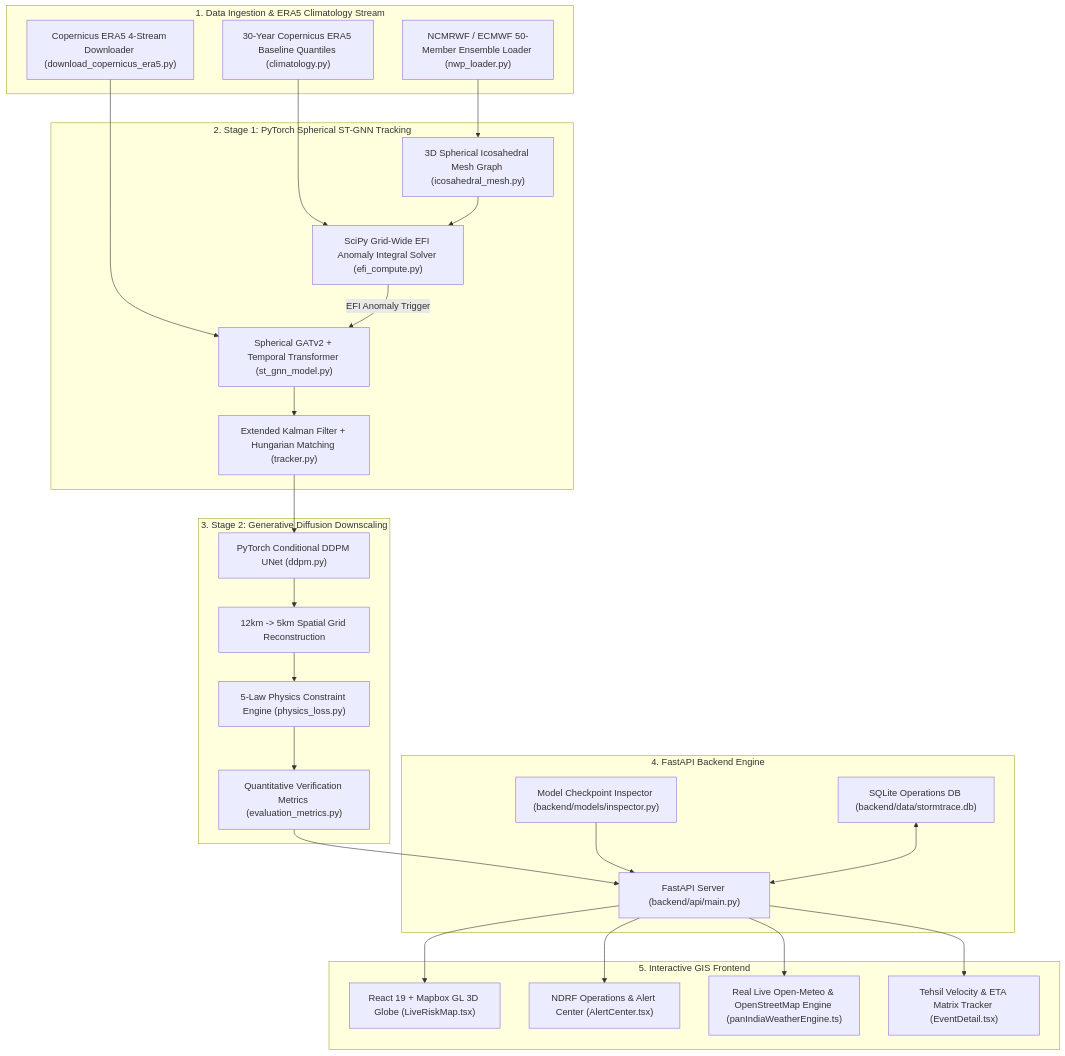
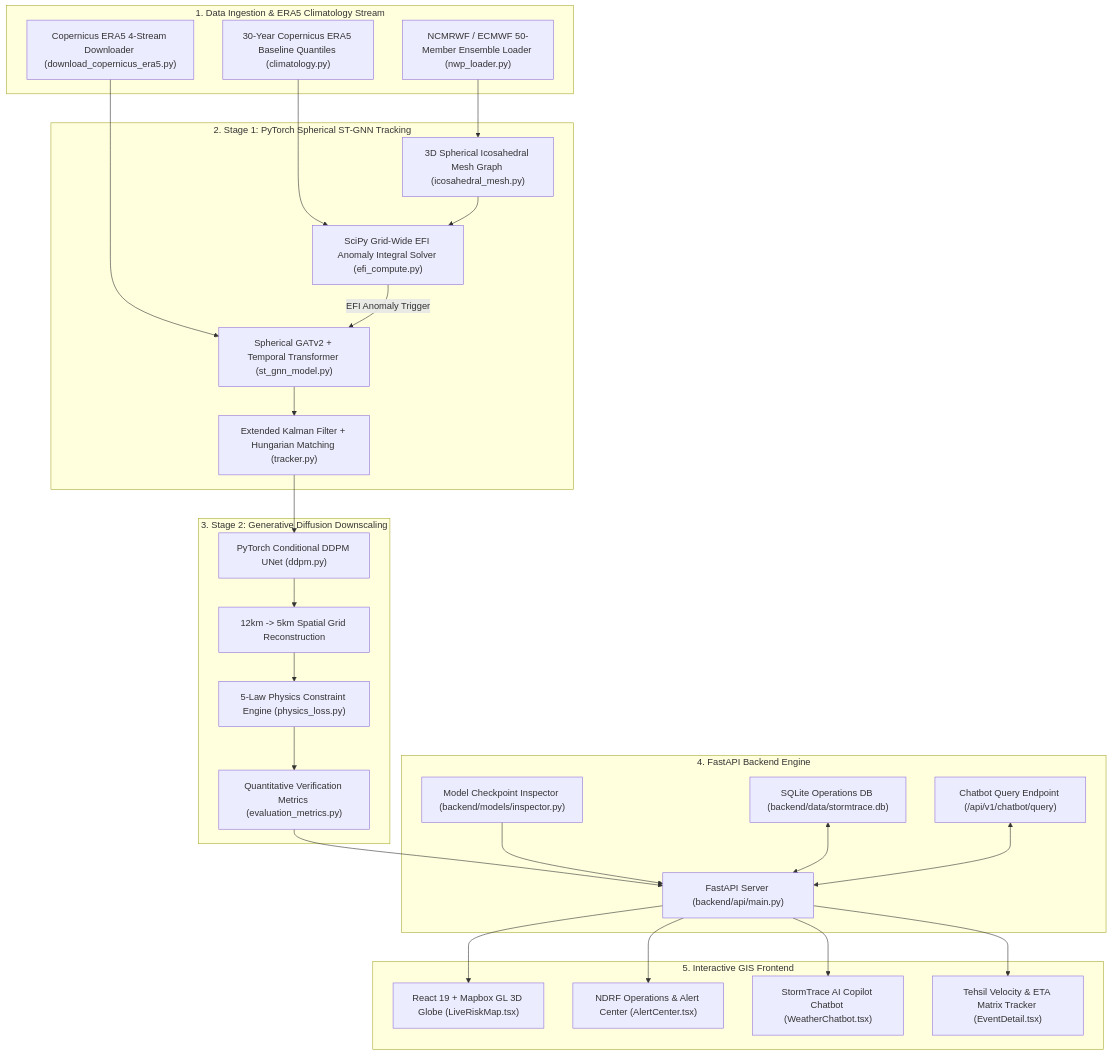
The first of 3 diagrams in README.md (Alokzhan/wheatherSIH), drawn with Mermaid before and after one commit. The commit also changed other lines of this file, not shown here.

Commit message:
docs: update README with live deployment link, AI Copilot Chatbot details, real ERA5 model metrics, and system architecture

````diff
--- a/README.md
+++ b/README.md
@@ -95,53 +107,55 @@
 ```mermaid
 graph TD
     subgraph Layer1 ["1. Data Ingestion & ERA5 Climatology Stream"]
         A1["NCMRWF / ECMWF 50-Member Ensemble Loader (nwp_loader.py)"]
         A2["30-Year Copernicus ERA5 Baseline Quantiles (climatology.py)"]
         A3["Copernicus ERA5 4-Stream Downloader (download_copernicus_era5.py)"]
     end
 
     subgraph Layer2 ["2. Stage 1: PyTorch Spherical ST-GNN Tracking"]
         B1["3D Spherical Icosahedral Mesh Graph (icosahedral_mesh.py)"]
         B2["SciPy Grid-Wide EFI Anomaly Integral Solver (efi_compute.py)"]
         B3["Spherical GATv2 + Temporal Transformer (st_gnn_model.py)"]
         B4["Extended Kalman Filter + Hungarian Matching (tracker.py)"]
     end
 
     subgraph Layer3 ["3. Stage 2: Generative Diffusion Downscaling"]
         C1["PyTorch Conditional DDPM UNet (ddpm.py)"]
         C2["12km -> 5km Spatial Grid Reconstruction"]
         C3["5-Law Physics Constraint Engine (physics_loss.py)"]
         C4["Quantitative Verification Metrics (evaluation_metrics.py)"]
     end
 
     subgraph Layer4 ["4. FastAPI Backend Engine"]
         D1["FastAPI Server (backend/api/main.py)"]
         D2["SQLite Operations DB (backend/data/stormtrace.db)"]
         D3["Model Checkpoint Inspector (backend/models/inspector.py)"]
+        D4["Chatbot Query Endpoint (/api/v1/chatbot/query)"]
     end
 
     subgraph Layer5 ["5. Interactive GIS Frontend"]
         E1["React 19 + Mapbox GL 3D Globe (LiveRiskMap.tsx)"]
         E2["NDRF Operations & Alert Center (AlertCenter.tsx)"]
-        E3["Real Live Open-Meteo & OpenStreetMap Engine (panIndiaWeatherEngine.ts)"]
+        E3["StormTrace AI Copilot Chatbot (WeatherChatbot.tsx)"]
         E4["Tehsil Velocity & ETA Matrix Tracker (EventDetail.tsx)"]
     end
 
     A1 --> B1
     A2 --> B2
     A3 --> B3
     B1 --> B2
     B2 -->|EFI Anomaly Trigger| B3
     B3 --> B4
     B4 --> C1
     C1 --> C2
     C2 --> C3
     C3 --> C4
     C4 --> D1
     D3 --> D1
     D2 <--> D1
+    D4 <--> D1
     D1 --> E1
     D1 --> E2
     D1 --> E3
     D1 --> E4
 ```
````
